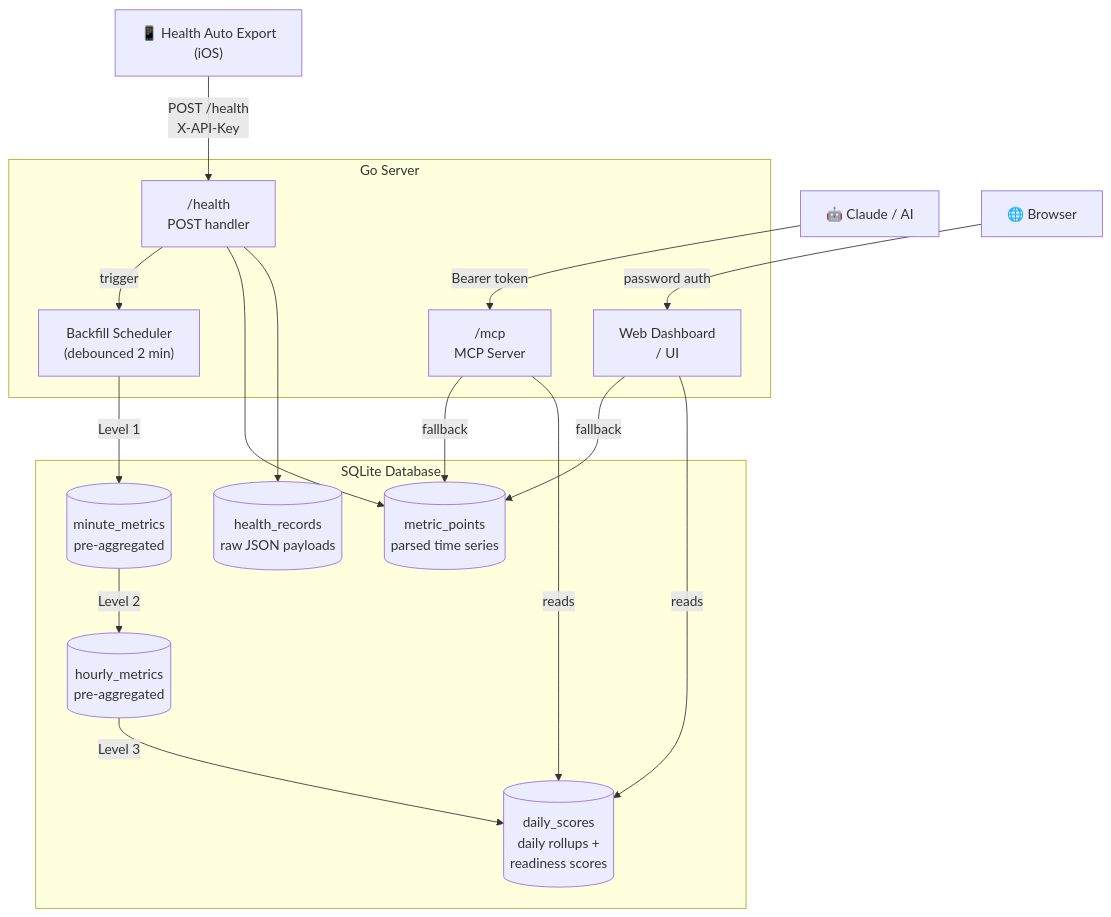
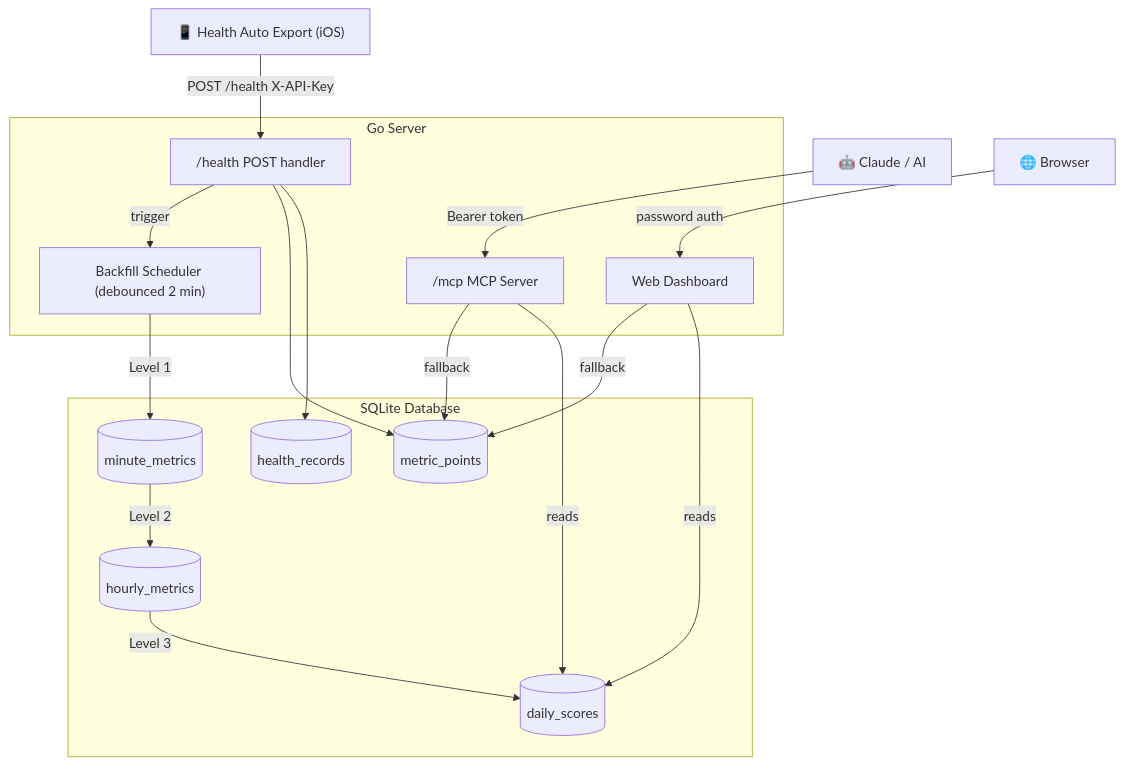
Before and after one commit to dzarlax/health_dashboard: the diagram in README.md, drawn with Mermaid.

Commit message:
fix: remove \n from mermaid diagram node labels

````diff
--- a/README.md
+++ b/README.md
@@ -7,39 +7,39 @@
 ```mermaid
 flowchart TD
-    App["📱 Health Auto Export\n(iOS)"]
+    App["📱 Health Auto Export (iOS)"]
 
     subgraph Server["Go Server"]
-        H["/health\nPOST handler"]
-        UI["Web Dashboard\n/ UI"]
-        MCP["/mcp\nMCP Server"]
-        BF["Backfill Scheduler\n(debounced 2 min)"]
+        H["/health POST handler"]
+        UI["Web Dashboard"]
+        MCP["/mcp MCP Server"]
+        BF["Backfill Scheduler (debounced 2 min)"]
     end
 
     subgraph SQLite["SQLite Database"]
-        HR[("health_records\nraw JSON payloads")]
-        MP[("metric_points\nparsed time series")]
-        MM[("minute_metrics\npre-aggregated")]
-        HM[("hourly_metrics\npre-aggregated")]
-        DS[("daily_scores\ndaily rollups +\nreadiness scores")]
+        HR[("health_records")]
+        MP[("metric_points")]
+        MM[("minute_metrics")]
+        HM[("hourly_metrics")]
+        DS[("daily_scores")]
     end
 
     Claude["🤖 Claude / AI"]
     Browser["🌐 Browser"]
 
-    App -->|"POST /health\nX-API-Key"| H
+    App -->|"POST /health X-API-Key"| H
     H --> HR
     H --> MP
     H -->|"trigger"| BF
 
     BF -->|"Level 1"| MM
     MM -->|"Level 2"| HM
     HM -->|"Level 3"| DS
 
     Browser -->|"password auth"| UI
     UI -->|"reads"| DS
     UI -->|"fallback"| MP
 
     Claude -->|"Bearer token"| MCP
     MCP -->|"reads"| DS
     MCP -->|"fallback"| MP
 ```
````
